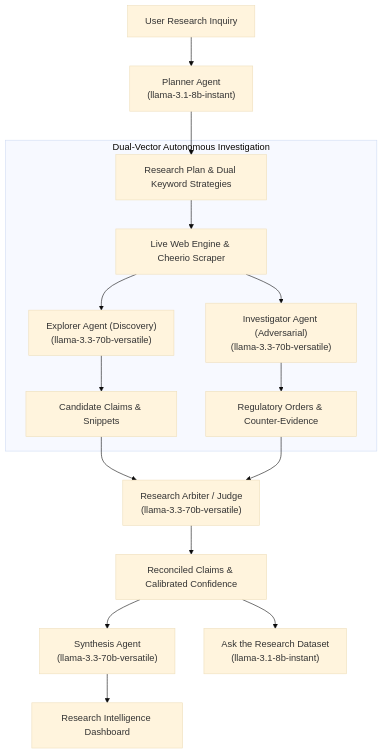
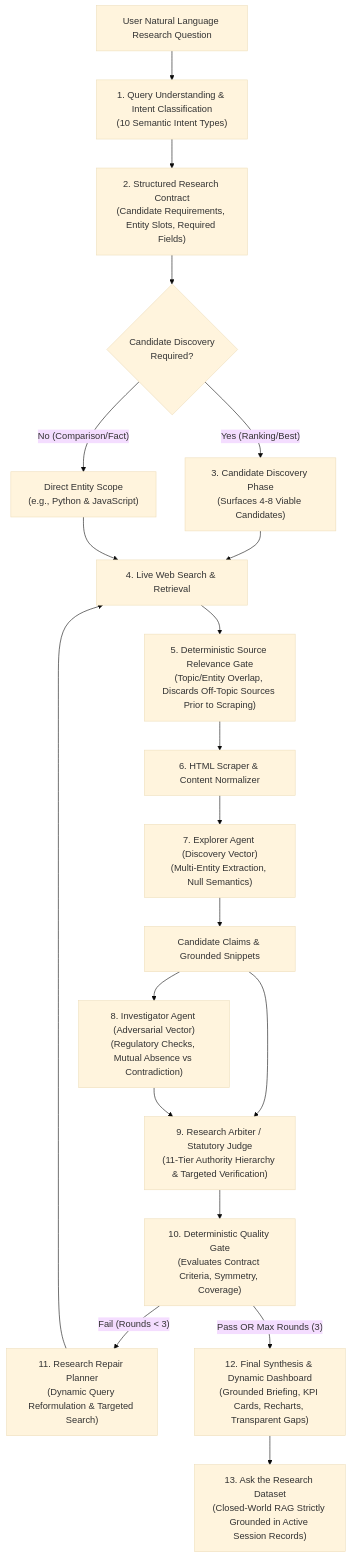
The diagram in README.md (ni-saantt/Research_Lens_AI), drawn with Mermaid (base theme) before and after one commit. The commit also changed other lines of this file and 29 other files, not shown here.

Commit message:
feat(research): implement multi-agent self-correcting research engine, relevance gate, and canonical evidence semantics

````diff
--- a/README.md
+++ b/README.md
@@ -67,20 +27,29 @@
 ```mermaid
 graph TD
-    UserQuery["User Research Inquiry"] --> PlannerAgent["Planner Agent\n(llama-3.1-8b-instant)"]
-    PlannerAgent --> PlanSpec["Research Plan & Dual Keyword Strategies"]
+    UserQuery["User Natural Language Research Question"] --> IntentClassifier["1. Query Understanding & Intent Classification\n(10 Semantic Intent Types)"]
+    IntentClassifier --> Contract["2. Structured Research Contract\n(Candidate Requirements, Entity Slots, Required Fields)"]
     
-    subgraph ParallelInvestigation["Dual-Vector Autonomous Investigation"]
-        PlanSpec --> WebScrape["Live Web Engine & Cheerio Scraper"]
-        WebScrape --> ExplorerAgent["Explorer Agent (Discovery)\n(llama-3.3-70b-versatile)"]
-        WebScrape --> InvestigatorAgent["Investigator Agent (Adversarial)\n(llama-3.3-70b-versatile)"]
-        ExplorerAgent --> CandidateClaims["Candidate Claims & Snippets"]
-        InvestigatorAgent --> AuditedEvidence["Regulatory Orders & Counter-Evidence"]
-    end
+    Contract --> NeedDiscovery{Candidate Discovery\nRequired?}
+    NeedDiscovery -- Yes (Ranking/Best) --> DiscoveryModule["3. Candidate Discovery Phase\n(Surfaces 4-8 Viable Candidates)"]
+    NeedDiscovery -- No (Comparison/Fact) --> DirectScope["Direct Entity Scope\n(e.g., Python & JavaScript)"]
     
-    CandidateClaims & AuditedEvidence --> ArbiterAgent["Research Arbiter / Judge\n(llama-3.3-70b-versatile)"]
-    ArbiterAgent --> ReconciledKnowledge["Reconciled Claims & Calibrated Confidence"]
+    DiscoveryModule & DirectScope --> SearchModule["4. Live Web Search & Retrieval"]
+    SearchModule --> RelevanceGate["5. Deterministic Source Relevance Gate\n(Topic/Entity Overlap, Discards Off-Topic Sources Prior to Scraping)"]
     
-    ReconciledKnowledge --> SynthesisAgent["Synthesis Agent\n(llama-3.3-70b-versatile)"]
-    SynthesisAgent --> ExecutiveDashboard["Research Intelligence Dashboard"]
-    ReconciledKnowledge --> AskDataset["Ask the Research Dataset\n(llama-3.1-8b-instant)"]
+    RelevanceGate --> CheerioScraper["6. HTML Scraper & Content Normalizer"]
+    CheerioScraper --> ExplorerAgent["7. Explorer Agent (Discovery Vector)\n(Multi-Entity Extraction, Null Semantics)"]
+    
+    ExplorerAgent --> DiscoveredClaims["Candidate Claims & Grounded Snippets"]
+    DiscoveredClaims --> InvestigatorAgent["8. Investigator Agent (Adversarial Vector)\n(Regulatory Checks, Mutual Absence vs Contradiction)"]
+    
+    DiscoveredClaims & InvestigatorAgent --> Arbiter["9. Research Arbiter / Statutory Judge\n(11-Tier Authority Hierarchy & Targeted Verification)"]
+    
+    Arbiter --> QualityGate["10. Deterministic Quality Gate\n(Evaluates Contract Criteria, Symmetry, Coverage)"]
+    
+    QualityGate -- Fail (Rounds < 3) --> RepairLoop["11. Research Repair Planner\n(Dynamic Query Reformulation & Targeted Search)"]
+    RepairLoop --> SearchModule
+    
+    QualityGate -- Pass OR Max Rounds (3) --> FinalSynthesis["12. Final Synthesis & Dynamic Dashboard\n(Grounded Briefing, KPI Cards, Recharts, Transparent Gaps)"]
+    
+    FinalSynthesis --> ClosedRAG["13. Ask the Research Dataset\n(Closed-World RAG Strictly Grounded in Active Session Records)"]
 ```
````
